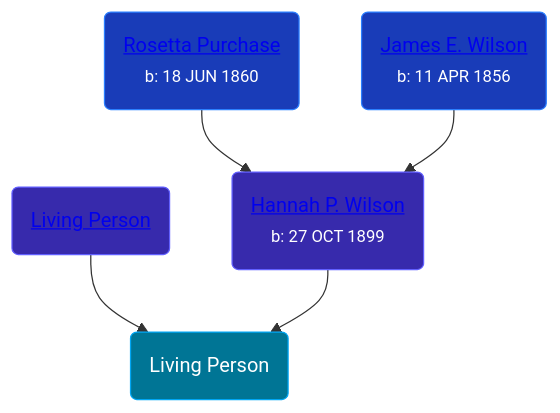
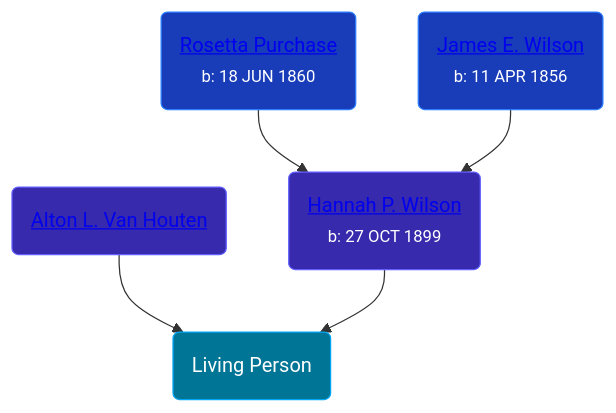
Before and after one commit to wpmgotkh/wpmgotkh.github.io: the diagram in pages/people/1/166256.md, drawn with Mermaid. The commit also changed other lines of this file and 586 other files, not shown here.

Commit message:
feat: better shouldConsiderPersonLiving algo

````diff
--- a/pages/people/1/166256.md
+++ b/pages/people/1/166256.md
@@ -10,11 +10,11 @@
 ```mermaid
 graph
 classDef grands fill:#193cb8,stroke:#2b7fff,stroke-width:1px,color:#fff;
 classDef parents fill:#372aac,stroke:#615fff,stroke-width:1px,color:#fff;
 classDef primary fill:#007595,stroke:#00a6f4,stroke-width:1px,color:#fff;
 166256(Living Person):::primary
-51690460(<a class="text-white" href="/people/5/51690460">Living Person</a>):::parents-->166256
+51690460(<a class="text-white" href="/people/5/51690460">Alton L. Van Houten</a>):::parents-->166256
 21937522(<a class="text-white" href="/people/2/21937522">Hannah P. Wilson</a><br /><small>b: 27 OCT 1899</small>):::parents-->166256
 27770192(<a class="text-white" href="/people/2/27770192">Rosetta Purchase</a><br /><small>b: 18 JUN 1860</small>):::grands-->21937522
 54950695(<a class="text-white" href="/people/5/54950695">James E. Wilson</a><br /><small>b: 11 APR 1856</small>):::grands-->21937522
 ```
````
